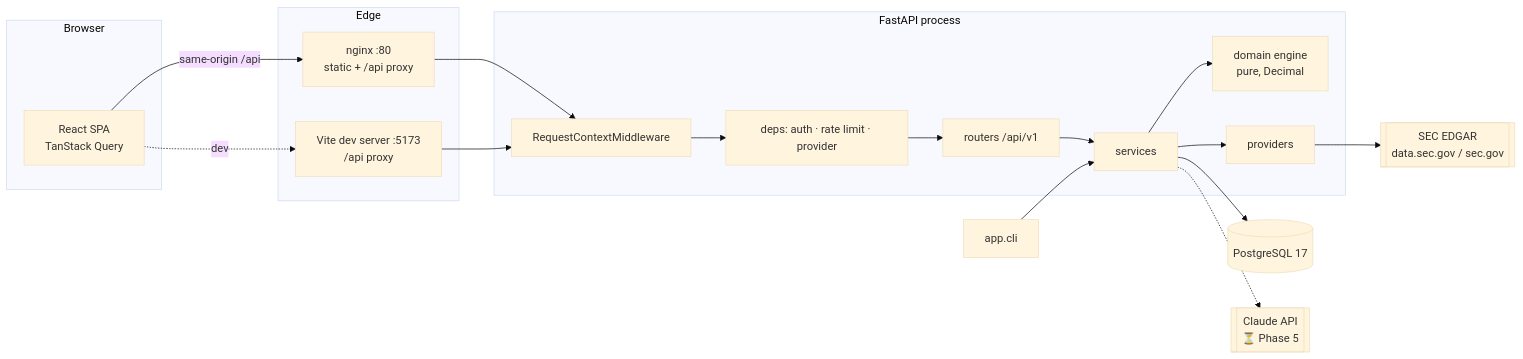
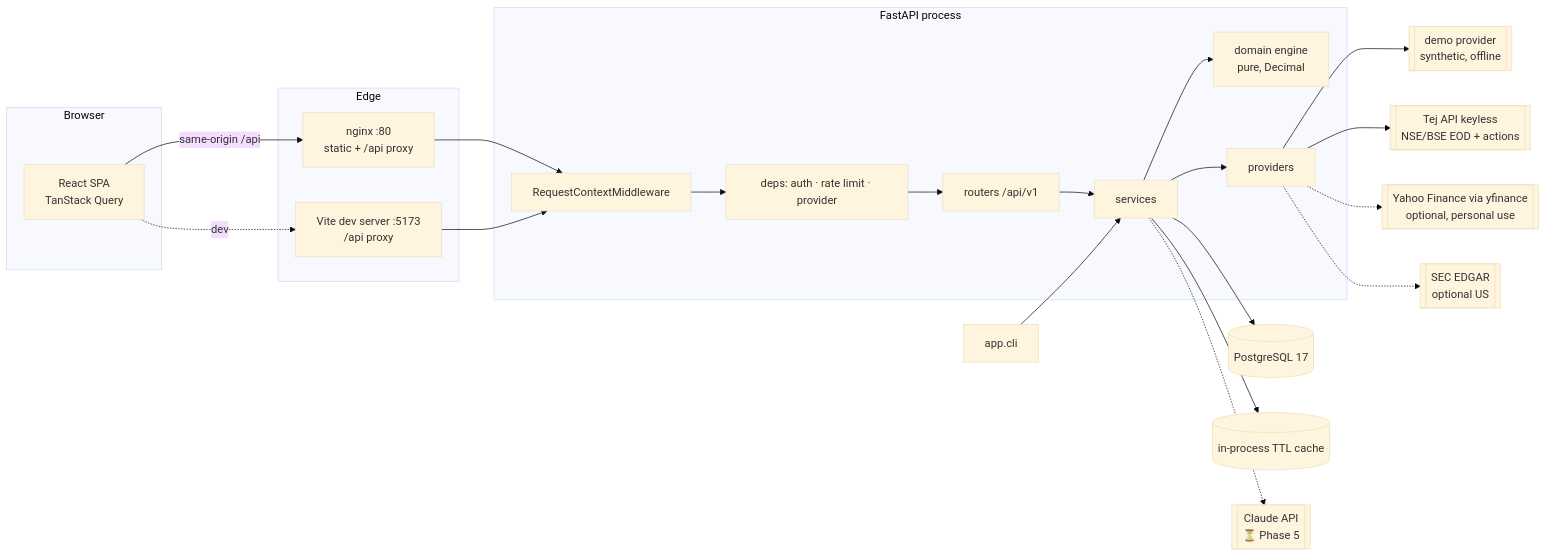
One commit to unknownMagician/finsight changed the first of 6 diagrams in SYSTEM_FLOW.md. Above: the diagram before and after it, drawn with Mermaid (base theme). The commit also changed other lines of this file and 4 other files, not shown here.

````diff
--- a/SYSTEM_FLOW.md
+++ b/SYSTEM_FLOW.md
@@ -98,33 +148,42 @@
 ```mermaid
 flowchart LR
     subgraph Browser
         SPA[React SPA<br/>TanStack Query]
     end
     subgraph Edge
         NGINX[nginx :80<br/>static + /api proxy]
         VITE[Vite dev server :5173<br/>/api proxy]
     end
     subgraph Backend[FastAPI process]
         MW[RequestContextMiddleware]
         DEPS[deps: auth · rate limit · provider]
         API[routers /api/v1]
         SVC[services]
         DOM[domain engine<br/>pure, Decimal]
         PROV[providers]
     end
     DB[(PostgreSQL 17)]
-    SEC[[SEC EDGAR<br/>data.sec.gov / sec.gov]]
+    CACHE[(in-process TTL cache)]
+    TEJ[[Tej API keyless<br/>NSE/BSE EOD + actions]]
+    YF[[Yahoo Finance via yfinance<br/>optional, personal use]]
+    DEMO[[demo provider<br/>synthetic, offline]]
+    SEC[[SEC EDGAR<br/>optional US]]
     CLAUDE[[Claude API<br/>⏳ Phase 5]]
     CLI[app.cli]
 
     SPA -- same-origin /api --> NGINX
     SPA -. dev .-> VITE
     NGINX --> MW
     VITE --> MW
     MW --> DEPS --> API --> SVC
     SVC --> DOM
     SVC --> DB
-    SVC --> PROV --> SEC
+    SVC --> CACHE
+    SVC --> PROV
+    PROV --> DEMO
+    PROV --> TEJ
+    PROV -.-> YF
+    PROV -.-> SEC
     CLI --> SVC
     SVC -.-> CLAUDE
 ```
````
